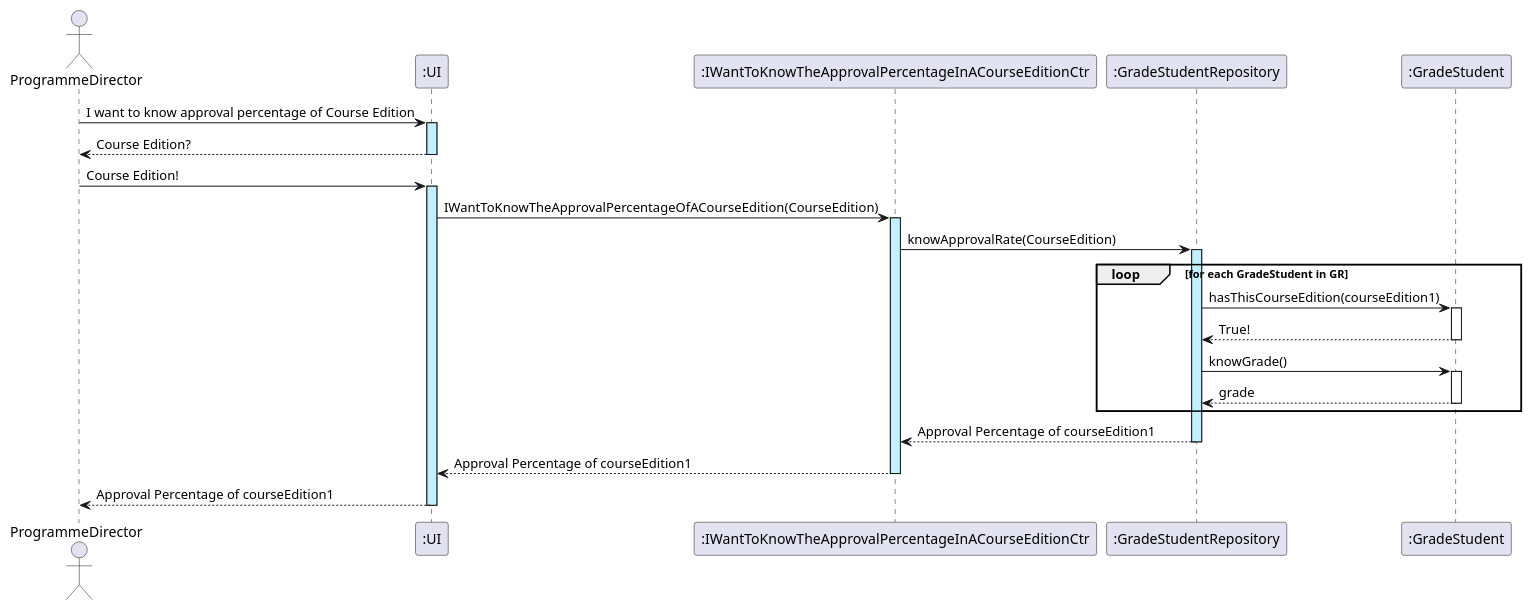
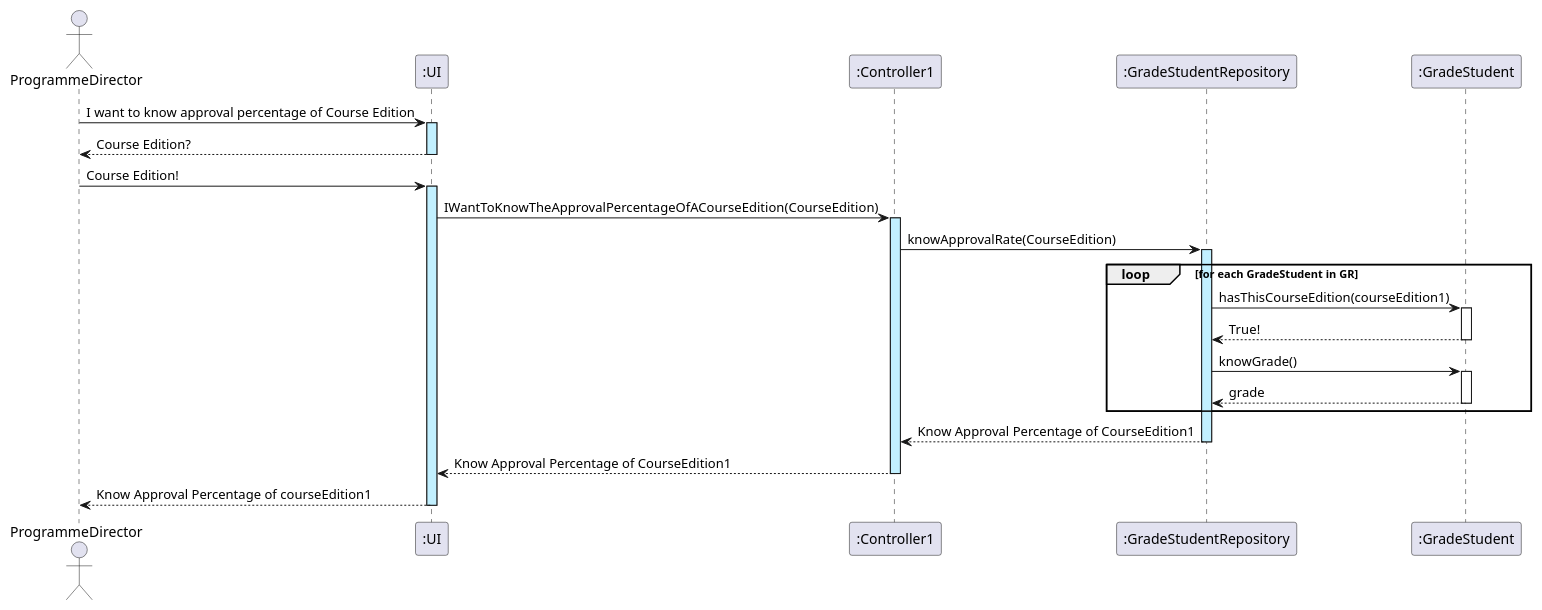
One commit to GasparISEP/DevOps-PAI changed the diagram in docs/US23/US23_IWantToKnowTheApprovalPercentageOfACourseEdition.puml. Above: the diagram before and after it, drawn with PlantUML.

Commit message:
Fix #29: Change names in US23 Sequence Diagram to better understanding

```diff
--- a/docs/US23/US23_IWantToKnowTheApprovalPercentageOfACourseEdition.puml
+++ b/docs/US23/US23_IWantToKnowTheApprovalPercentageOfACourseEdition.puml
@@ -1,34 +1,34 @@
 @startuml
 actor ProgrammeDirector
 participant ":UI" as UI
-participant ":IWantToKnowTheApprovalPercentageInACourseEditionCtr" as KA
+participant ":Controller1" as KA
 participant ":GradeStudentRepository" as GR
 participant ":GradeStudent" as GradeStudent
 
 
 ProgrammeDirector -> UI ++ #application: I want to know approval percentage of Course Edition
 UI --> ProgrammeDirector -- : Course Edition?
 ProgrammeDirector -> UI ++ #application: Course Edition!
 UI -> KA ++ #application : IWantToKnowTheApprovalPercentageOfACourseEdition(CourseEdition)
 KA -> GR ++ #application : knowApprovalRate(CourseEdition)
 
 
 
 loop for each GradeStudent in GR
     GR -> GradeStudent : hasThisCourseEdition(courseEdition1)
     activate GradeStudent
     GradeStudent --> GR : True!
     deactivate GradeStudent
 
     GR -> GradeStudent : knowGrade()
     activate GradeStudent
     GradeStudent --> GR : grade
     deactivate GradeStudent
 end
 
 
-GR --> KA --: Approval Percentage of courseEdition1
-KA --> UI --: Approval Percentage of courseEdition1
-UI --> ProgrammeDirector --: Approval Percentage of courseEdition1
+GR --> KA --: Know Approval Percentage of CourseEdition1
+KA --> UI --: Know Approval Percentage of CourseEdition1
+UI --> ProgrammeDirector --: Know Approval Percentage of courseEdition1
 
 @enduml
```
